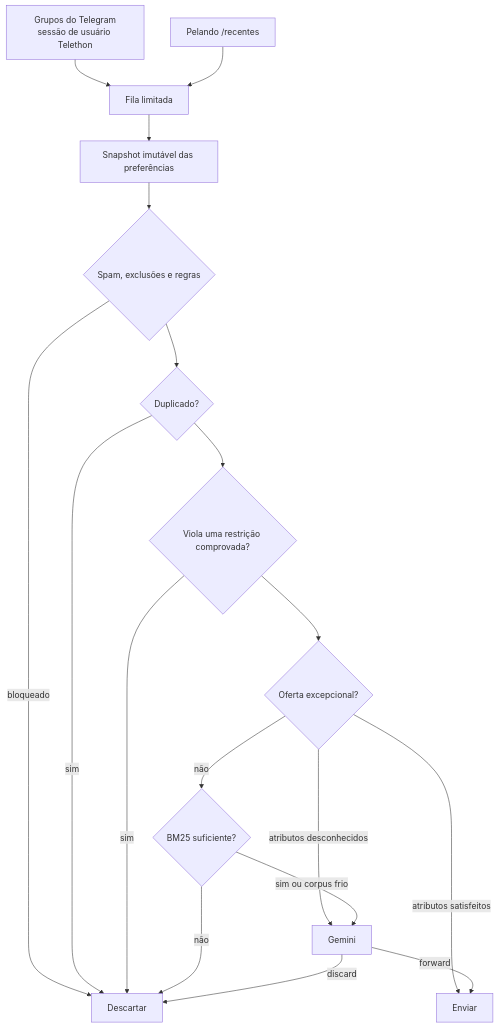
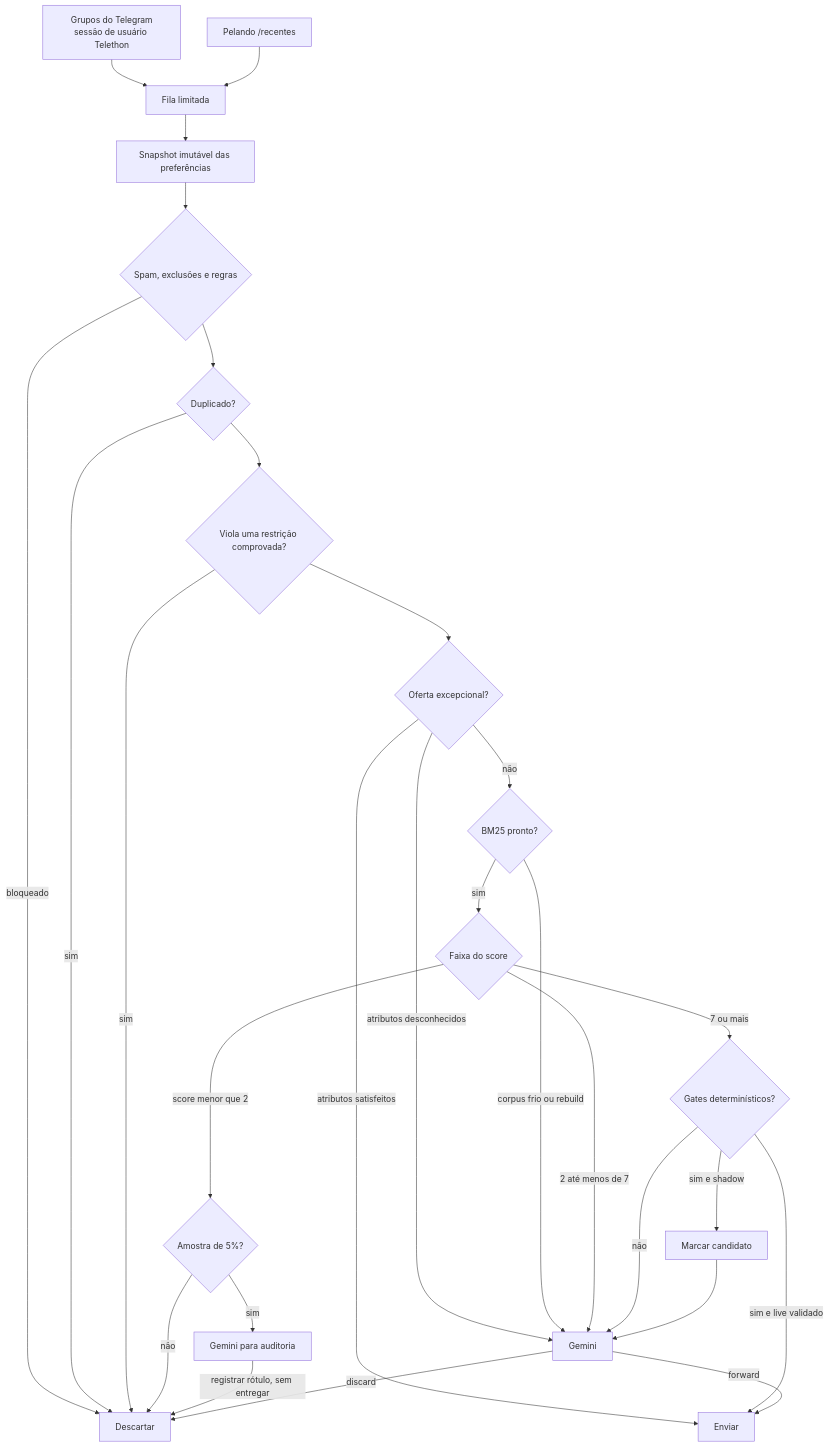
One commit to koobzaar/Sieve changed the diagram in README.md. Above: the diagram before and after it, drawn with Mermaid. The commit also changed other lines of this file and 11 other files, not shown here.

````diff
--- a/README.md
+++ b/README.md
@@ -43,20 +43,30 @@
 ```mermaid
 flowchart TD
     TG[Grupos do Telegram<br/>sessão de usuário Telethon] --> Q[Fila limitada]
     PL[Pelando /recentes] --> Q
     Q --> PS[Snapshot imutável das preferências]
     PS --> F{Spam, exclusões e regras}
     F -->|bloqueado| D[Descartar]
     F --> DD{Duplicado?}
     DD -->|sim| D
     DD --> C{Viola uma restrição comprovada?}
     C -->|sim| D
     C --> E{Oferta excepcional?}
     E -->|atributos satisfeitos| O[Enviar]
     E -->|atributos desconhecidos| G[Gemini]
-    E -->|não| B{BM25 suficiente?}
-    B -->|não| D
-    B -->|sim ou corpus frio| G
+    E -->|não| R{BM25 pronto?}
+    R -->|corpus frio ou rebuild| G
+    R -->|sim| B{Faixa do score}
+    B -->|score menor que 2| A{Amostra de 5%?}
+    A -->|não| D
+    A -->|sim| GA[Gemini para auditoria]
+    GA -->|registrar rótulo, sem entregar| D
+    B -->|2 até menos de 7| G
+    B -->|7 ou mais| K{Gates determinísticos?}
+    K -->|não| G
+    K -->|sim e shadow| S[Marcar candidato]
+    S --> G
+    K -->|sim e live validado| O
     G -->|forward| O
     G -->|discard| D
 ```
````
